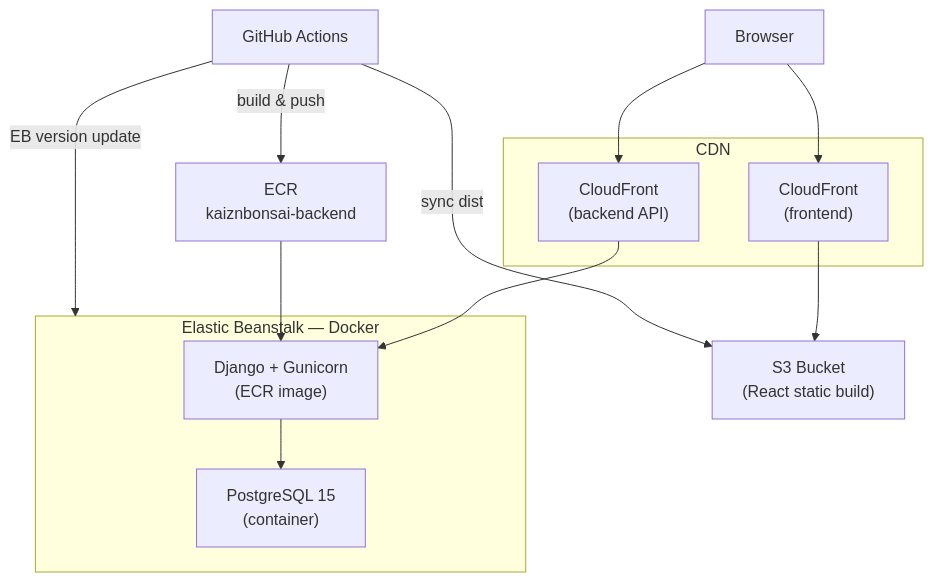
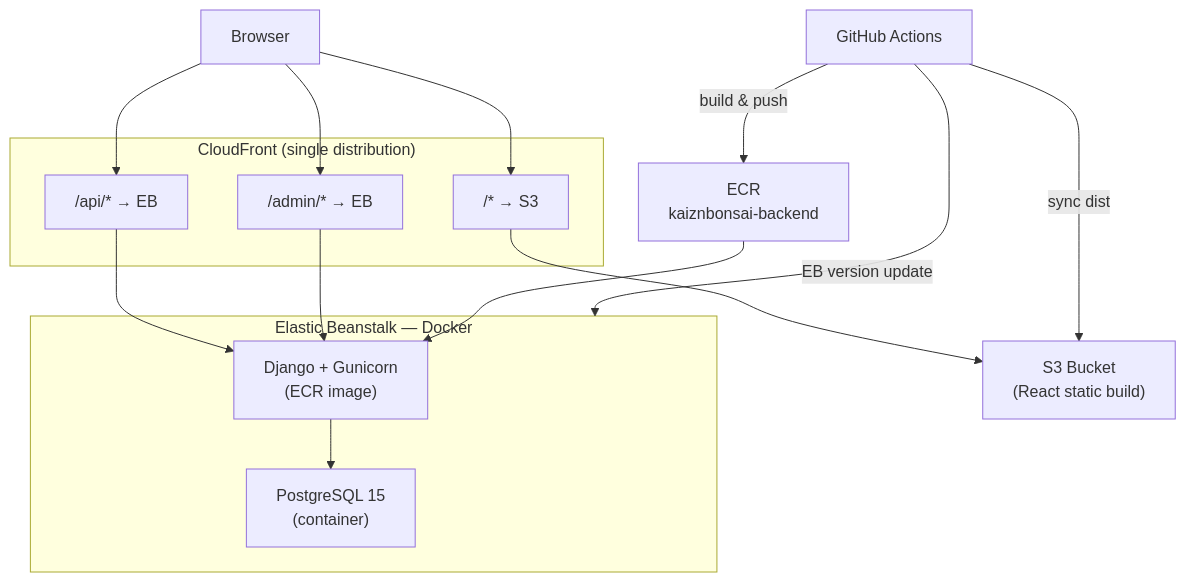
The diagram in infrastructure/README.md (ahendler/kaiznbonsai), drawn with Mermaid before and after one commit. The commit also changed other lines of this file and 10 other files, not shown here.

````diff
--- a/infrastructure/README.md
+++ b/infrastructure/README.md
@@ -7,29 +7,32 @@
 ```mermaid
 graph TD
     Browser["Browser"]
 
-    subgraph CDN
-        FE_CF["CloudFront<br/>(frontend)"]
-        API_CF["CloudFront<br/>(backend API)"]
+    subgraph CDN ["CloudFront (single distribution)"]
+        CF_S3["/* → S3"]
+        CF_API["/api/* → EB"]
+        CF_ADMIN["/admin/* → EB"]
     end
 
     S3["S3 Bucket<br/>(React static build)"]
 
     subgraph EB["Elastic Beanstalk — Docker"]
         Django["Django + Gunicorn<br/>(ECR image)"]
         PG["PostgreSQL 15<br/>(container)"]
     end
 
     ECR["ECR<br/>kaiznbonsai-backend"]
     GHA["GitHub Actions"]
 
-    Browser --> FE_CF
-    Browser --> API_CF
-    FE_CF --> S3
-    API_CF --> Django
+    Browser --> CF_S3
+    Browser --> CF_API
+    Browser --> CF_ADMIN
+    CF_S3 --> S3
+    CF_API --> Django
+    CF_ADMIN --> Django
     Django --> PG
     GHA -->|build & push| ECR
     GHA -->|sync dist| S3
     GHA -->|EB version update| EB
     ECR --> Django
 ```
````
